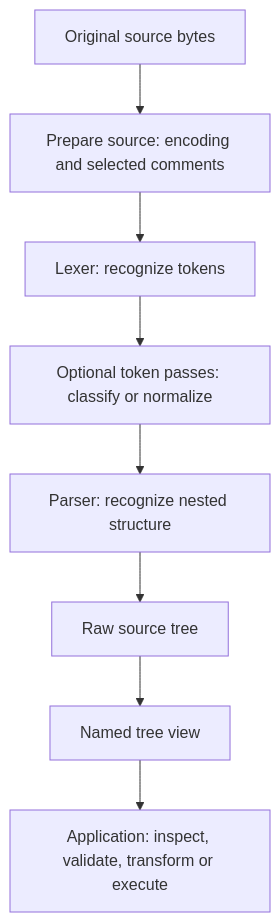
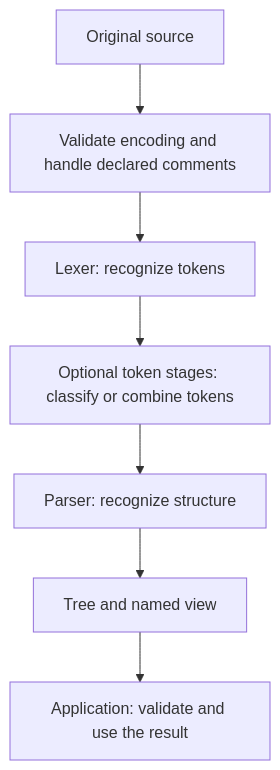
Before and after one commit to adesutherland/CREXX: the second of 2 diagrams in lib/rxfnsl/doc/user-guide.md, drawn with Mermaid. The commit also changed other lines of this file and 167 other files, not shown here.

````diff
--- a/lib/rxfnsl/doc/user-guide.md
+++ b/lib/rxfnsl/doc/user-guide.md
@@ -171,10 +173,9 @@
 ```mermaid
 flowchart TD
-    S["Original source bytes"] --> P["Prepare source: encoding and selected comments"]
+    S["Original source"] --> P["Validate encoding and handle declared comments"]
     P --> L["Lexer: recognize tokens"]
-    L --> C["Optional token passes: classify or normalize"]
-    C --> R["Parser: recognize nested structure"]
-    R --> T["Raw source tree"]
-    T --> V["Named tree view"]
-    V --> A["Application: inspect, validate, transform or execute"]
+    L --> C["Optional token stages: classify or combine tokens"]
+    C --> R["Parser: recognize structure"]
+    R --> T["Tree and named view"]
+    T --> A["Application: validate and use the result"]
 ```
````
